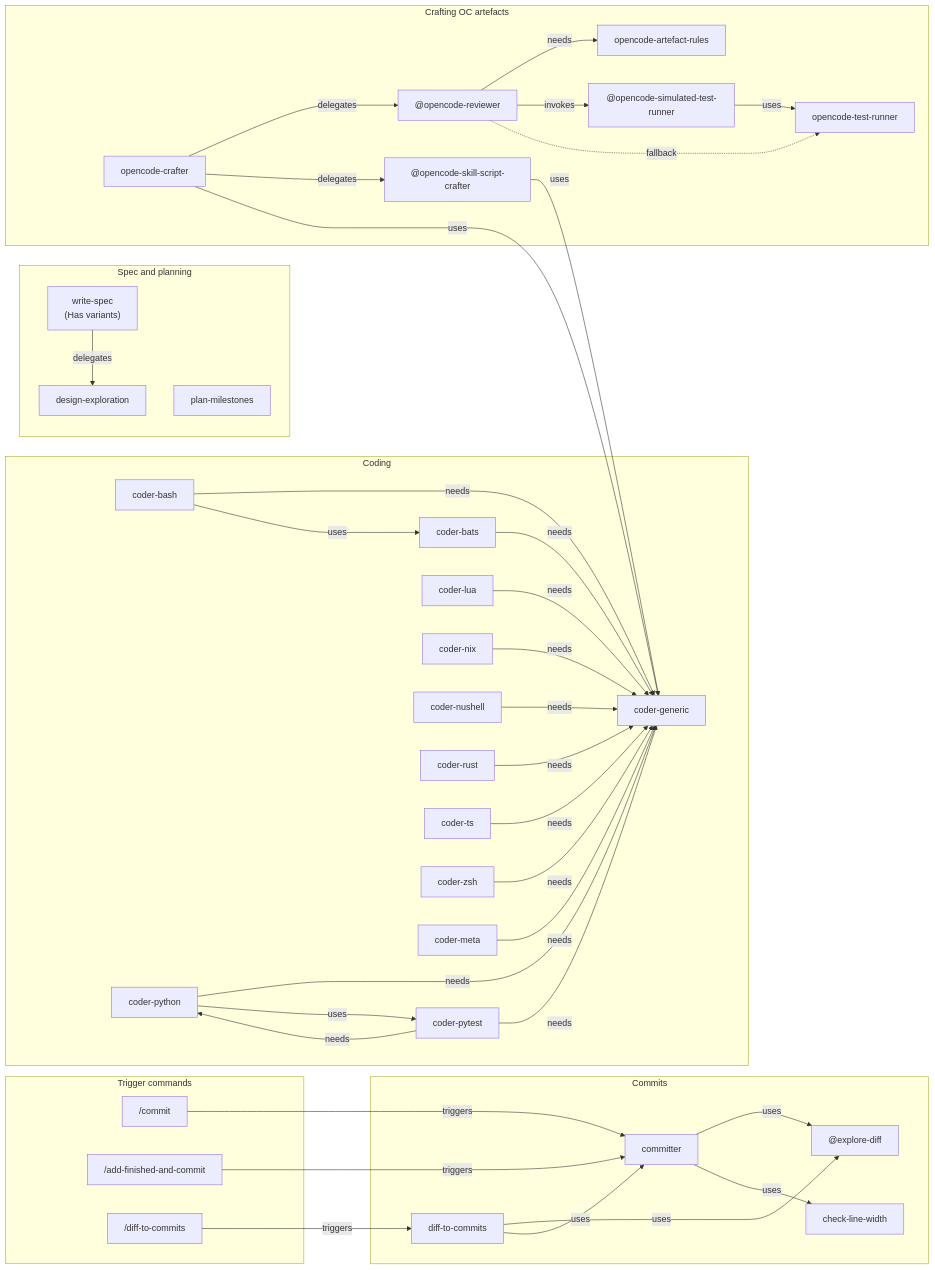
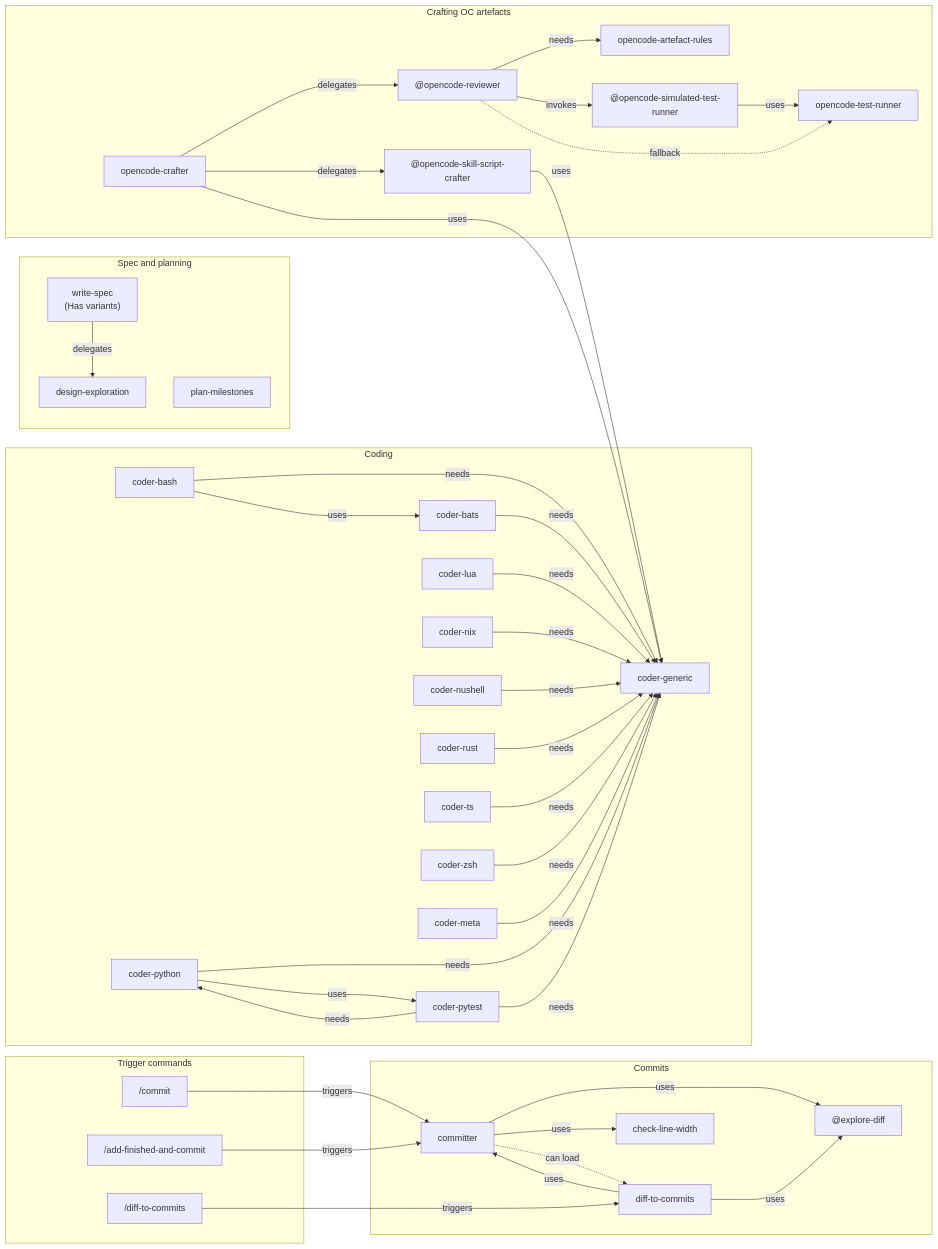
Before and after one commit to bew/dotfiles: the first of 2 diagrams in opencode/MY_AI_STUFF.md, drawn with Mermaid. The commit also changed 1 other file, not shown here.

Commit message:
oc(docs): Reframe dotted graph edges as light links
The edge rule now treats a dotted edge as a light link in general,
and phrases an optional load as `can …` (e.g. `can load`).

- Add the `committer` → `diff-to-commits` light link.

````diff
--- a/opencode/MY_AI_STUFF.md
+++ b/opencode/MY_AI_STUFF.md
@@ -20,75 +20,76 @@
 ```mermaid
 flowchart LR
   subgraph craft[Crafting OC artefacts]
     sk_crafter["opencode-crafter"]
     ag_reviewer["@opencode-reviewer"]
     ag_script_crafter["@opencode-skill-script-crafter"]
     sk_artefact_rules["opencode-artefact-rules"]
     sk_test_runner["opencode-test-runner"]
     ag_sim_test_runner["@opencode-simulated-test-runner"]
     sk_crafter -->|delegates| ag_reviewer
     sk_crafter -->|delegates| ag_script_crafter
     ag_reviewer -->|needs| sk_artefact_rules
     ag_reviewer -->|invokes| ag_sim_test_runner
     ag_sim_test_runner -->|uses| sk_test_runner
     ag_reviewer -. fallback .-> sk_test_runner
   end
 
   subgraph code[Coding]
     sk_coder_generic["coder-generic"]
     sk_coder_bash["coder-bash"]
     sk_coder_bats["coder-bats"]
     sk_coder_python["coder-python"]
     sk_coder_pytest["coder-pytest"]
     sk_coder_lua["coder-lua"]
     sk_coder_nix["coder-nix"]
     sk_coder_nushell["coder-nushell"]
     sk_coder_rust["coder-rust"]
     sk_coder_ts["coder-ts"]
     sk_coder_zsh["coder-zsh"]
     sk_coder_meta["coder-meta"]
     sk_coder_bash -->|needs| sk_coder_generic
     sk_coder_bash -->|uses| sk_coder_bats
     sk_coder_bats -->|needs| sk_coder_generic
     sk_coder_python -->|needs| sk_coder_generic
     sk_coder_python -->|uses| sk_coder_pytest
     sk_coder_pytest -->|needs| sk_coder_generic
     sk_coder_pytest -->|needs| sk_coder_python
     sk_coder_lua -->|needs| sk_coder_generic
     sk_coder_nix -->|needs| sk_coder_generic
     sk_coder_nushell -->|needs| sk_coder_generic
     sk_coder_rust -->|needs| sk_coder_generic
     sk_coder_ts -->|needs| sk_coder_generic
     sk_coder_zsh -->|needs| sk_coder_generic
     sk_coder_meta -->|needs| sk_coder_generic
     sk_crafter -->|uses| sk_coder_generic
     ag_script_crafter -->|uses| sk_coder_generic
   end
 
   subgraph spec[Spec and planning]
     sk_write_spec["write-spec<br/>(Has variants)"]
     sk_design_explore["design-exploration"]
     sk_plan_milestones["plan-milestones"]
     sk_write_spec -->|delegates| sk_design_explore
   end
 
   subgraph commit[Commits]
     sk_committer["committer"]
     sk_diff2commits["diff-to-commits"]
     ag_explore_diff["@explore-diff"]
     sk_check_width["check-line-width"]
     sk_committer -->|uses| ag_explore_diff
     sk_committer -->|uses| sk_check_width
+    sk_committer -. can load .-> sk_diff2commits
     sk_diff2commits -->|uses| ag_explore_diff
     sk_diff2commits -->|uses| sk_committer
   end
 
   subgraph trig[Trigger commands]
     cmd_commit["/commit"]
     cmd_add_commit["/add-finished-and-commit"]
     cmd_diff2commits["/diff-to-commits"]
     cmd_commit -->|triggers| sk_committer
     cmd_add_commit -->|triggers| sk_committer
     cmd_diff2commits -->|triggers| sk_diff2commits
   end
 ```
````
